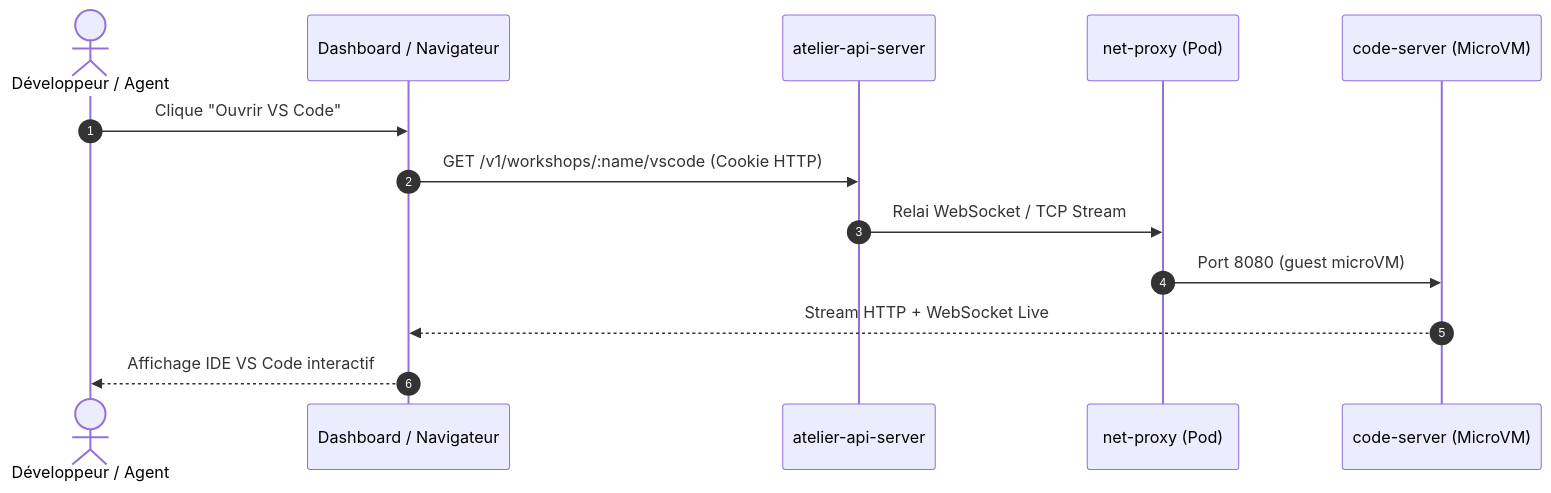
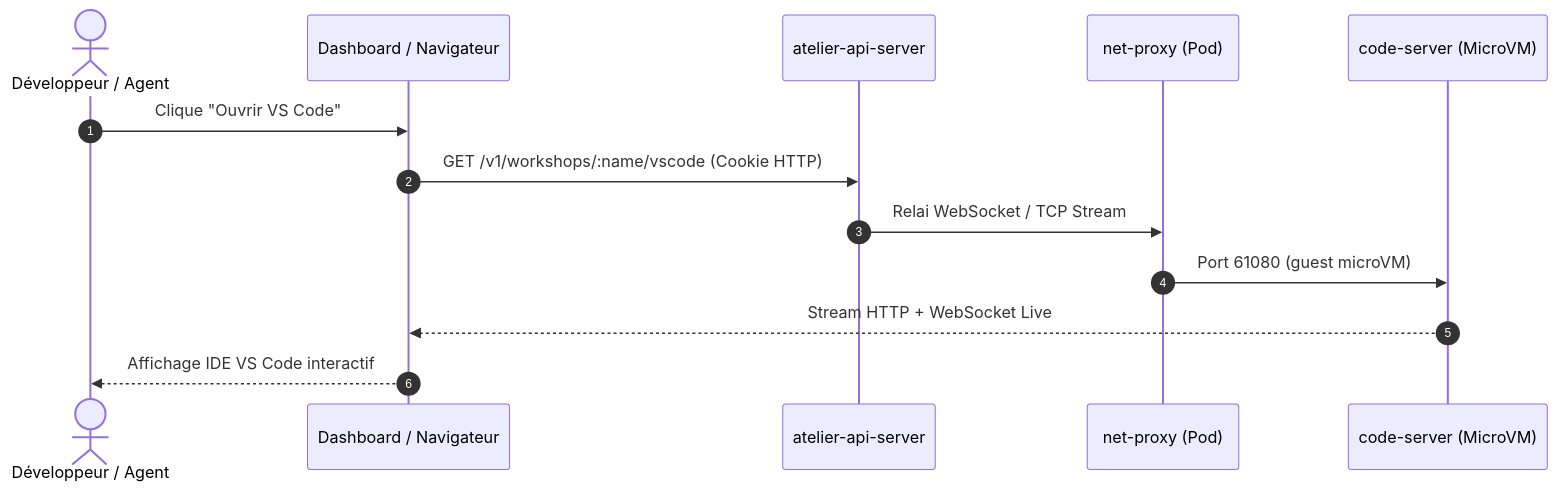
The second of 2 diagrams in docs/user-guide.md (PhilippeVienne/atelier), drawn with Mermaid before and after one commit. The commit also changed other lines of this file and 19 other files, not shown here.

````diff
--- a/docs/user-guide.md
+++ b/docs/user-guide.md
@@ -76,16 +76,16 @@
 ```mermaid
 sequenceDiagram
     autonumber
     actor Dev as Développeur / Agent
     participant Dash as Dashboard / Navigateur
     participant API as atelier-api-server
     participant Net as net-proxy (Pod)
     participant VS as code-server (MicroVM)
 
     Dev->>Dash: Clique "Ouvrir VS Code"
     Dash->>API: GET /v1/workshops/:name/vscode (Cookie HTTP)
     API->>Net: Relai WebSocket / TCP Stream
-    Net->>VS: Port 8080 (guest microVM)
+    Net->>VS: Port 61080 (guest microVM)
     VS-->>Dash: Stream HTTP + WebSocket Live
     Dash-->>Dev: Affichage IDE VS Code interactif
 ```
````
